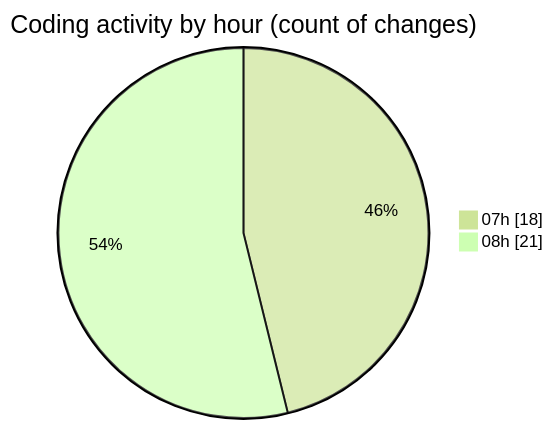
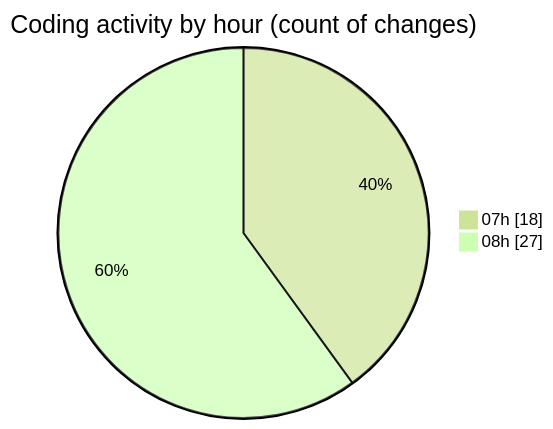
The second of 2 diagrams in 2026-08-21/cda/README.md (momahboobian/code-tracking), drawn with Mermaid (forest theme) before and after one commit. The commit also changed other lines of this file and 1 other file, not shown here.

````diff
--- a/2026-08-21/cda/README.md
+++ b/2026-08-21/cda/README.md
@@ -44,6 +44,6 @@
 ```mermaid
 pie showData
 title Coding activity by hour (count of changes)
 "07h" : 18
-"08h" : 21
+"08h" : 27
 ```
````
